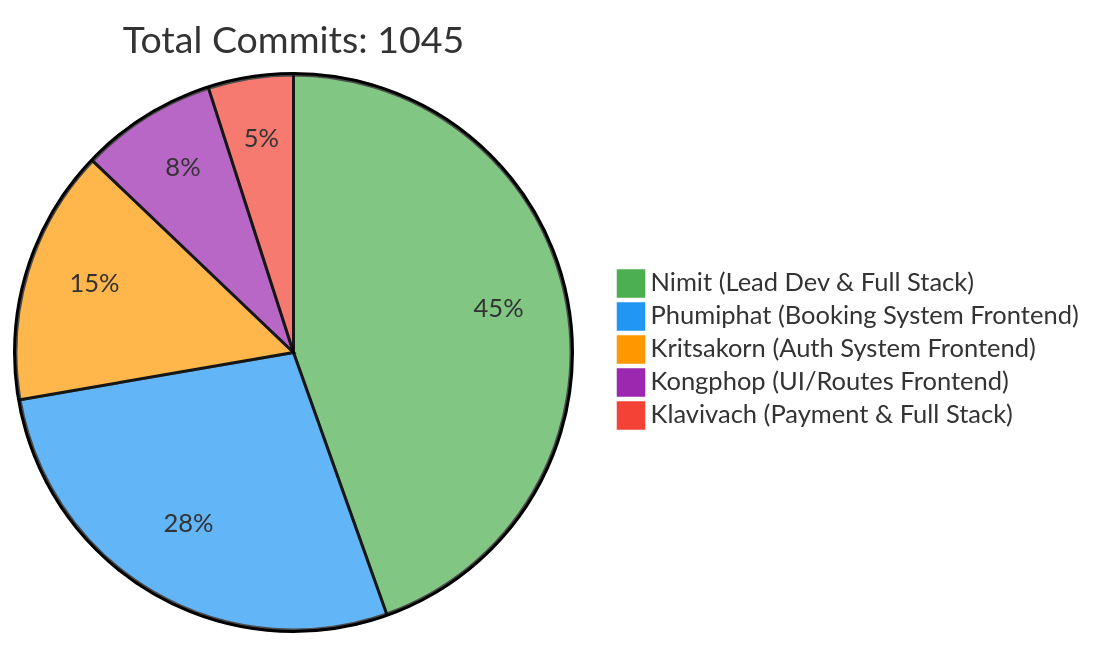
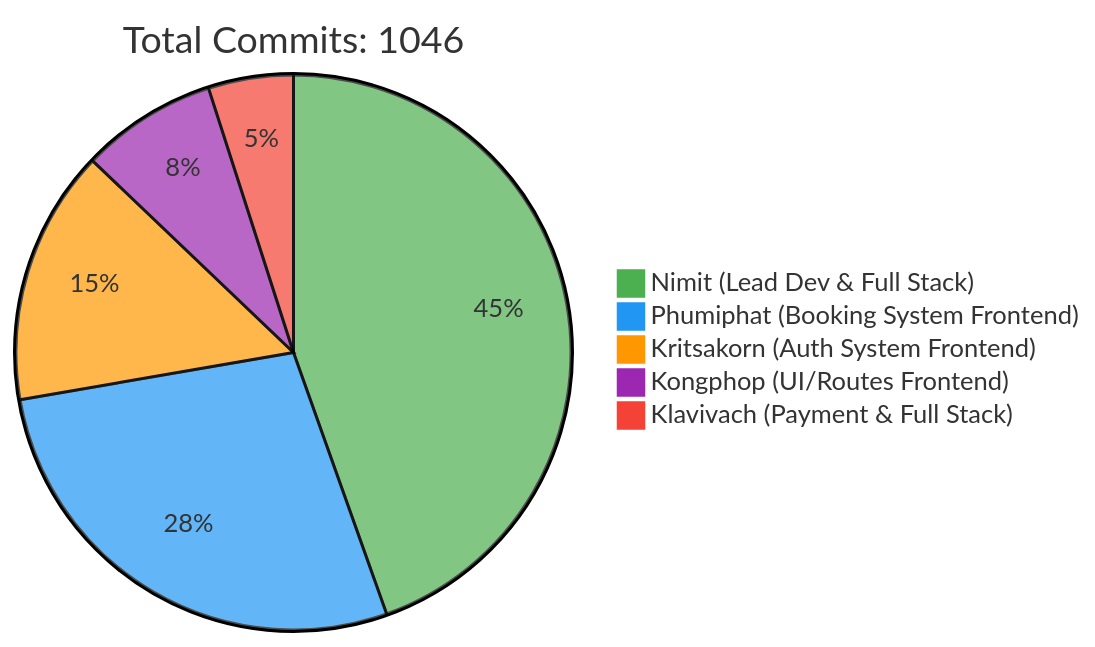
The first of 2 diagrams in README.md (6531503042/Sport-Complex), drawn with Mermaid before and after one commit. The commit also changed other lines of this file, not shown here.

Commit message:
docs: Update contributor statistics [skip ci]

````diff
--- a/README.md
+++ b/README.md
@@ -240,10 +240,10 @@
 ```mermaid
 %%{init: {'theme': 'base', 'themeVariables': { 'pie1': '#4CAF50', 'pie2': '#2196F3', 'pie3': '#FF9800', 'pie4': '#9C27B0', 'pie5': '#F44336'}}}%%
 pie
-    title Total Commits: 1045
+    title Total Commits: 1046
     "Nimit (Lead Dev & Full Stack)" : 450
     "Phumiphat (Booking System Frontend)" : 280
     "Kritsakorn (Auth System Frontend)" : 150
     "Kongphop (UI/Routes Frontend)" : 80
     "Klavivach (Payment & Full Stack)" : 50
 ```
````
